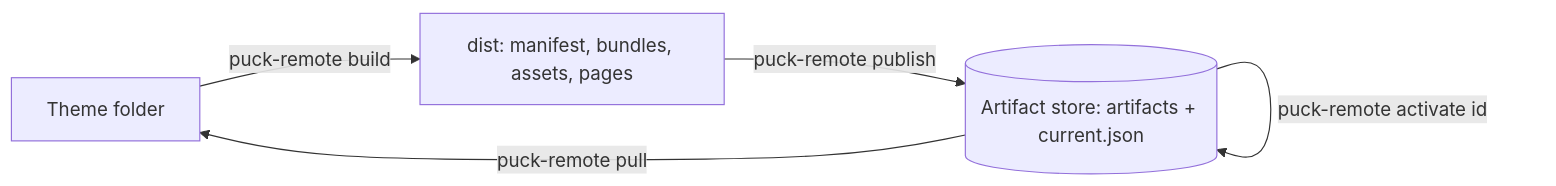
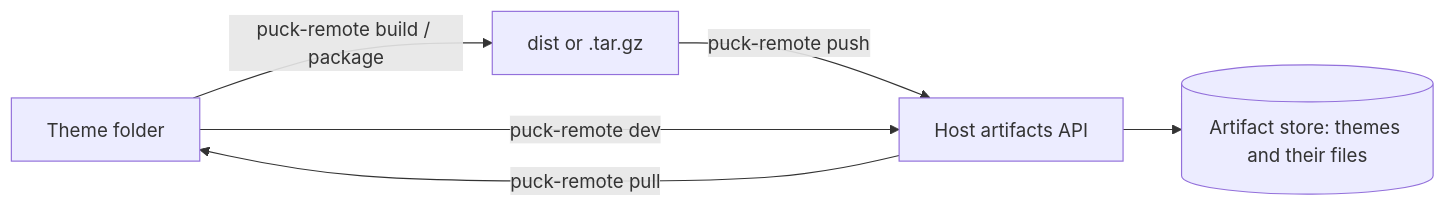
Before and after one commit to 0ctanium/puckremote: the diagram in apps/docs/content/docs/cli/index.mdx, drawn with Mermaid. The commit also changed other lines of this file and 117 other files, not shown here.

First line of the commit message:
Themes API: Shopify-like themes with per-theme files, partial pushes, dev and live reload

````diff
--- a/apps/docs/content/docs/cli/index.mdx
+++ b/apps/docs/content/docs/cli/index.mdx
@@ -15,7 +18,8 @@
 ```mermaid
 graph LR
-  T[Theme folder] -->|puck-remote build| D[dist: manifest, bundles, assets, pages]
-  D -->|puck-remote publish| S[(Artifact store: artifacts + current.json)]
-  S -->|puck-remote pull| T
-  S -->|puck-remote activate id| S
+  T[Theme folder] -->|puck-remote build / package| D[dist or .tar.gz]
+  D -->|puck-remote push| A[Host artifacts API]
+  T -->|puck-remote dev| A
+  A --> S[(Artifact store: themes and their files)]
+  A -->|puck-remote pull| T
 ```
````
